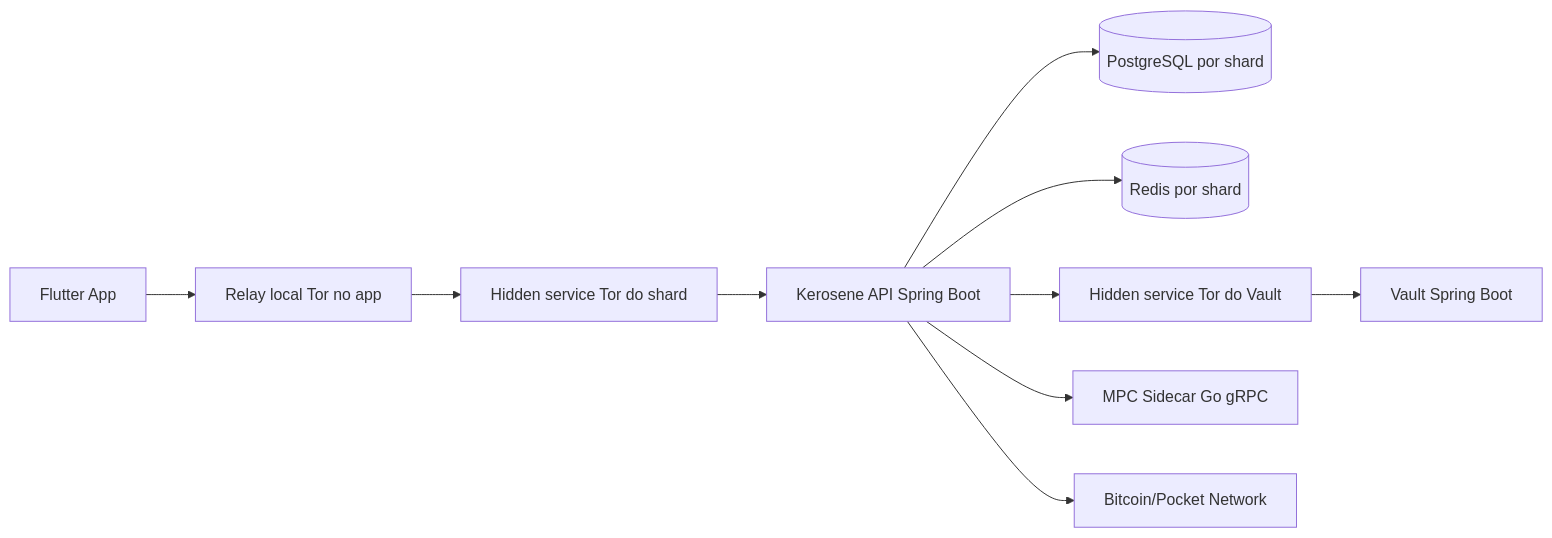
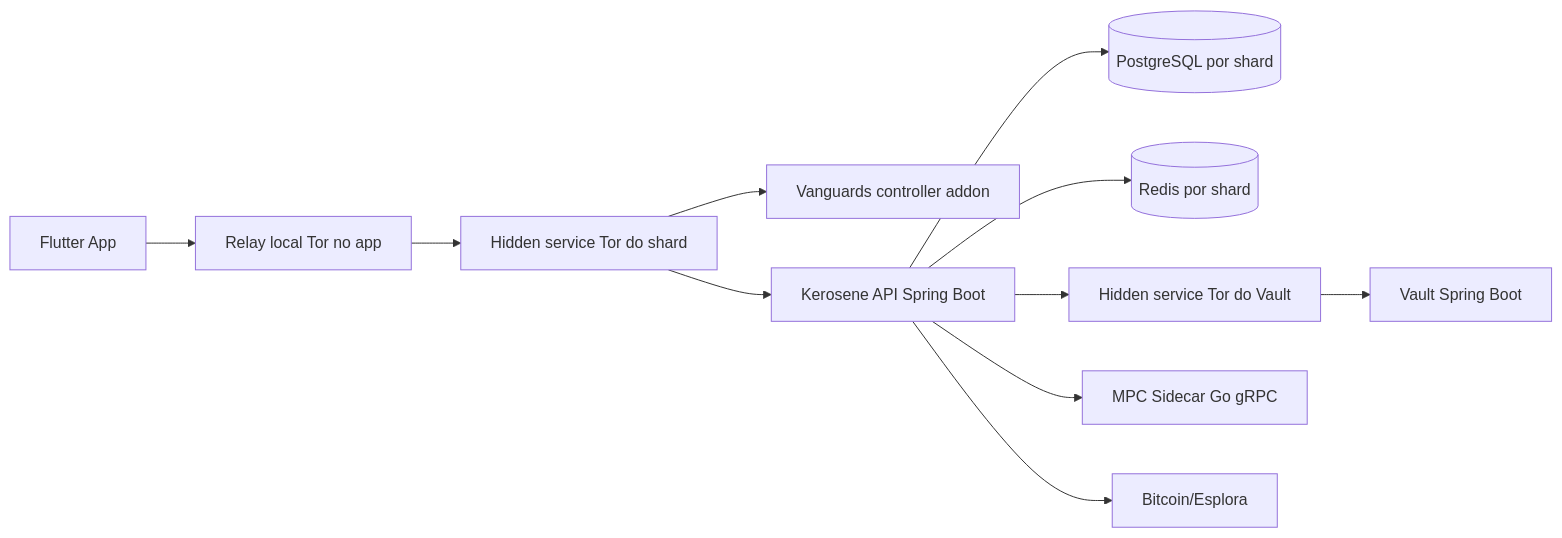
The first of 3 diagrams in docs/ARCHITECTURE.md (Daniel-Astrofer/Kerosene), drawn with Mermaid before and after one commit. The commit also changed other lines of this file and 500 other files, not shown here.

````diff
--- a/docs/ARCHITECTURE.md
+++ b/docs/ARCHITECTURE.md
@@ -7,12 +7,13 @@
 ```mermaid
 flowchart LR
   App[Flutter App] --> TorRelay[Relay local Tor no app]
   TorRelay --> OnionShard[Hidden service Tor do shard]
+  OnionShard --> Vanguards[Vanguards controller addon]
   OnionShard --> Api[Kerosene API Spring Boot]
   Api --> Pg[(PostgreSQL por shard)]
   Api --> Redis[(Redis por shard)]
   Api --> VaultTor[Hidden service Tor do Vault]
   VaultTor --> Vault[Vault Spring Boot]
   Api --> Mpc[MPC Sidecar Go gRPC]
-  Api --> Bitcoin[Bitcoin/Pocket Network]
+  Api --> Bitcoin[Bitcoin/Esplora]
 ```
````
